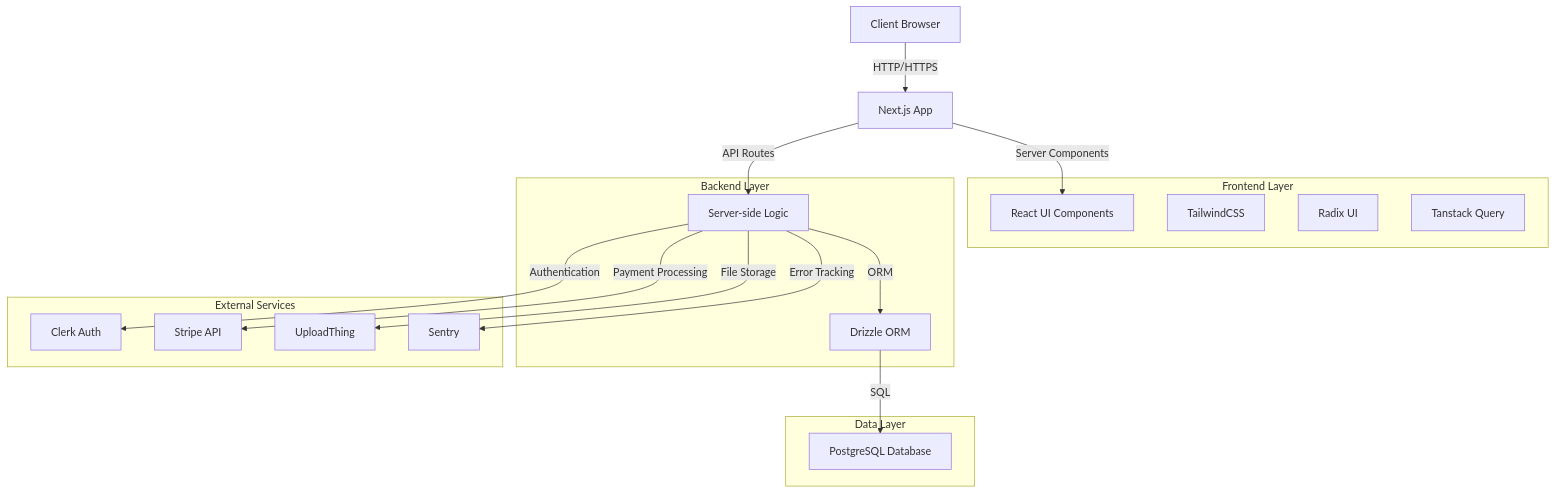
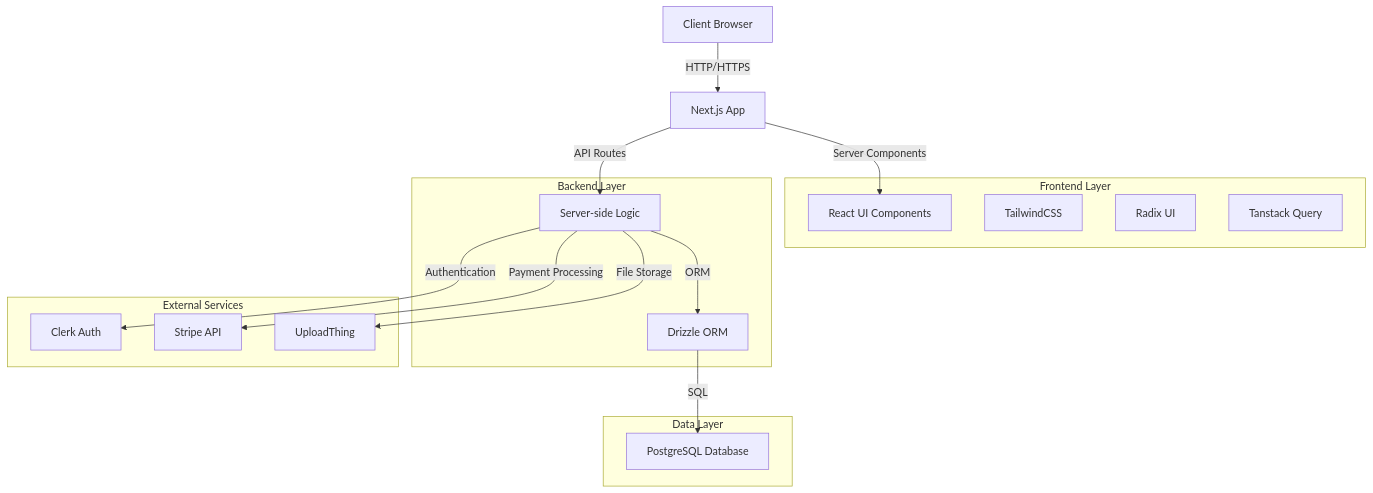
The first of 7 diagrams in README.md (dipandhali2021/bookheaven), drawn with Mermaid before and after one commit.

Commit message:
readme updated

````diff
--- a/README.md
+++ b/README.md
@@ -39,35 +39,33 @@
 ```mermaid
 graph TD
     Client[Client Browser] -->|HTTP/HTTPS| NextJS[Next.js App]
     NextJS -->|Server Components| ReactUI[React UI Components]
     NextJS -->|API Routes| ServerLogic[Server-side Logic]
     ServerLogic -->|ORM| DrizzleORM[Drizzle ORM]
     DrizzleORM -->|SQL| PostgreSQL[PostgreSQL Database]
     ServerLogic -->|Authentication| Clerk[Clerk Auth]
     ServerLogic -->|Payment Processing| Stripe[Stripe API]
     ServerLogic -->|File Storage| UploadThing[UploadThing]
-    ServerLogic -->|Error Tracking| Sentry[Sentry]
     
     subgraph "Frontend Layer"
         ReactUI
         TailwindCSS[TailwindCSS]
         RadixUI[Radix UI]
         TanstackQuery[Tanstack Query]
     end
     
     subgraph "Backend Layer"
         ServerLogic
         DrizzleORM
     end
     
     subgraph "Data Layer"
         PostgreSQL
     end
     
     subgraph "External Services"
         Clerk
         Stripe
         UploadThing
-        Sentry
     end
 ```
````
